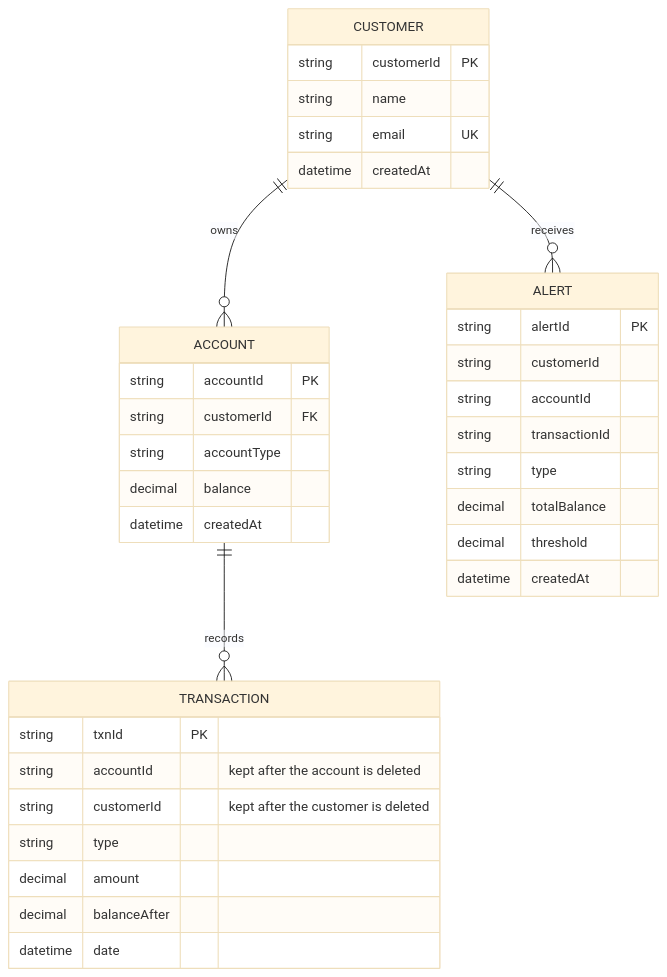
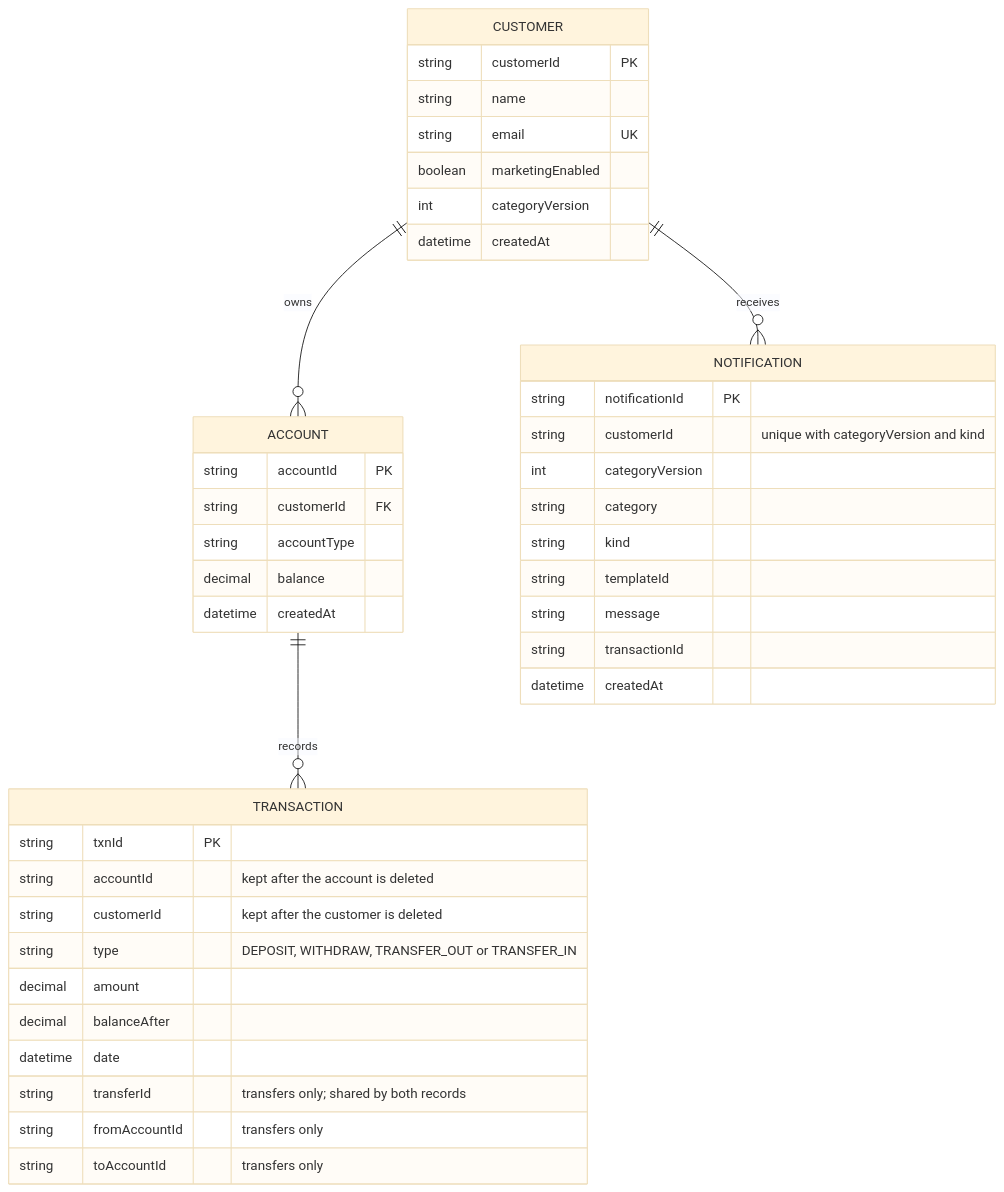
Before and after one commit to RootMoataz/Banking-App: the first of 2 diagrams in docs/dependencies.md, drawn with Mermaid (base theme). The commit also changed other lines of this file and 23 other files, not shown here.

````diff
--- a/docs/dependencies.md
+++ b/docs/dependencies.md
@@ -3,38 +3,44 @@
 ```mermaid
 erDiagram
     CUSTOMER ||--o{ ACCOUNT : owns
     ACCOUNT ||--o{ TRANSACTION : records
-    CUSTOMER ||--o{ ALERT : receives
+    CUSTOMER ||--o{ NOTIFICATION : receives
     CUSTOMER {
         string customerId PK
         string name
         string email UK
+        boolean marketingEnabled
+        int categoryVersion
         datetime createdAt
     }
     ACCOUNT {
         string accountId PK
         string customerId FK
         string accountType
         decimal balance
         datetime createdAt
     }
     TRANSACTION {
         string txnId PK
         string accountId "kept after the account is deleted"
         string customerId "kept after the customer is deleted"
-        string type
+        string type "DEPOSIT, WITHDRAW, TRANSFER_OUT or TRANSFER_IN"
         decimal amount
         decimal balanceAfter
         datetime date
+        string transferId "transfers only; shared by both records"
+        string fromAccountId "transfers only"
+        string toAccountId "transfers only"
     }
-    ALERT {
-        string alertId PK
-        string customerId
-        string accountId
+    NOTIFICATION {
+        string notificationId PK
+        string customerId "unique with categoryVersion and kind"
+        int categoryVersion
+        string category
+        string kind
+        string templateId
+        string message
         string transactionId
-        string type
-        decimal totalBalance
-        decimal threshold
         datetime createdAt
     }
 ```
````
